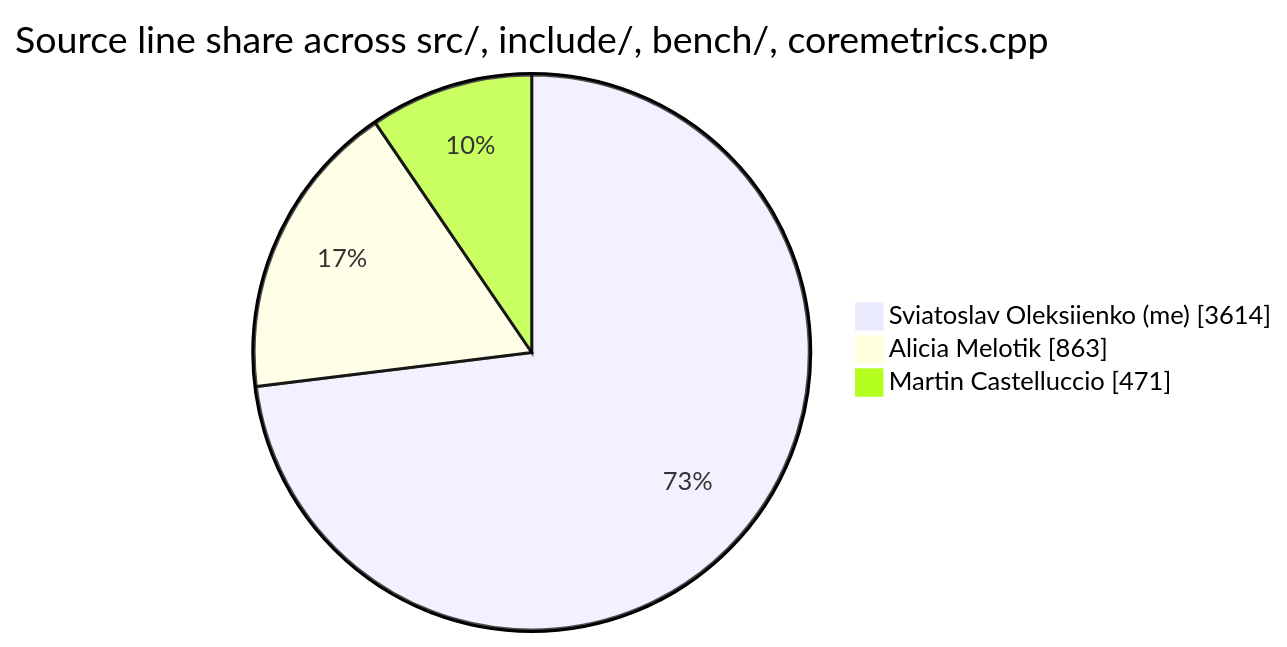
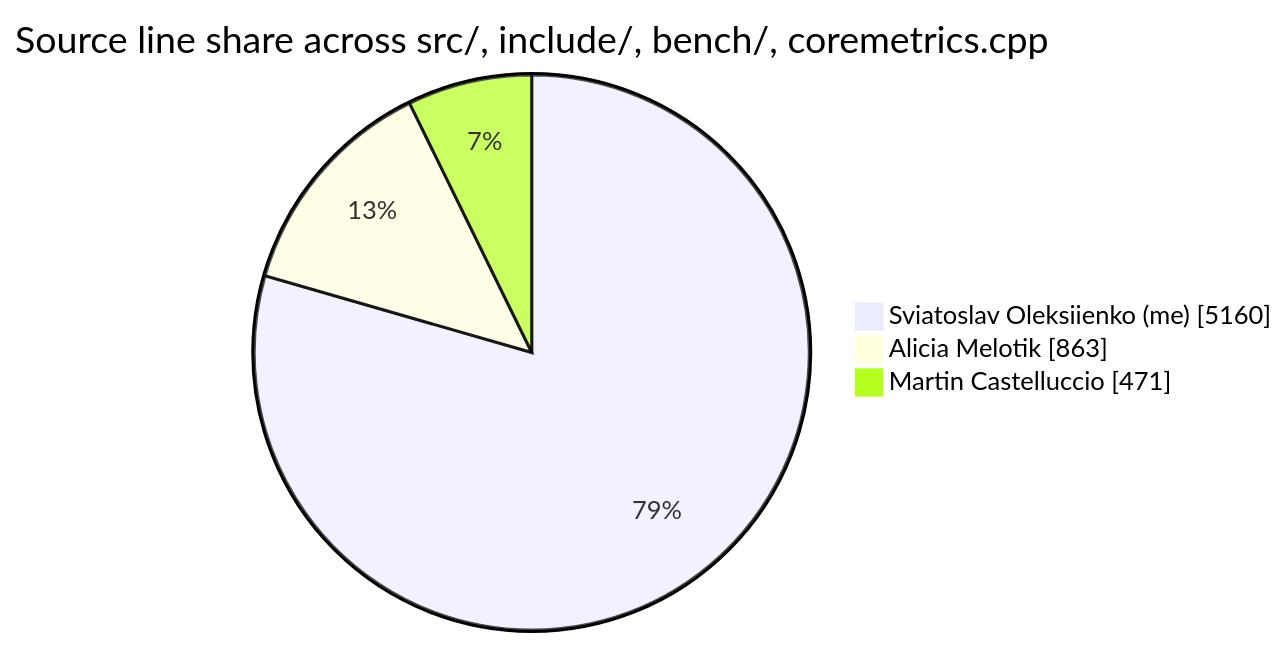
Before and after one commit to sviatil0/coremetrics: the diagram in .github/badges/contributions.md, drawn with Mermaid. The commit also changed other lines of this file and 2 other files, not shown here.

````diff
--- a/.github/badges/contributions.md
+++ b/.github/badges/contributions.md
@@ -11,7 +11,7 @@
 ```mermaid
 pie showData
     title Source line share across src/, include/, bench/, coremetrics.cpp
-    "Sviatoslav Oleksiienko (me)" : 3614
+    "Sviatoslav Oleksiienko (me)" : 5160
     "Alicia Melotik" : 863
     "Martin Castelluccio" : 471
 ```
````
